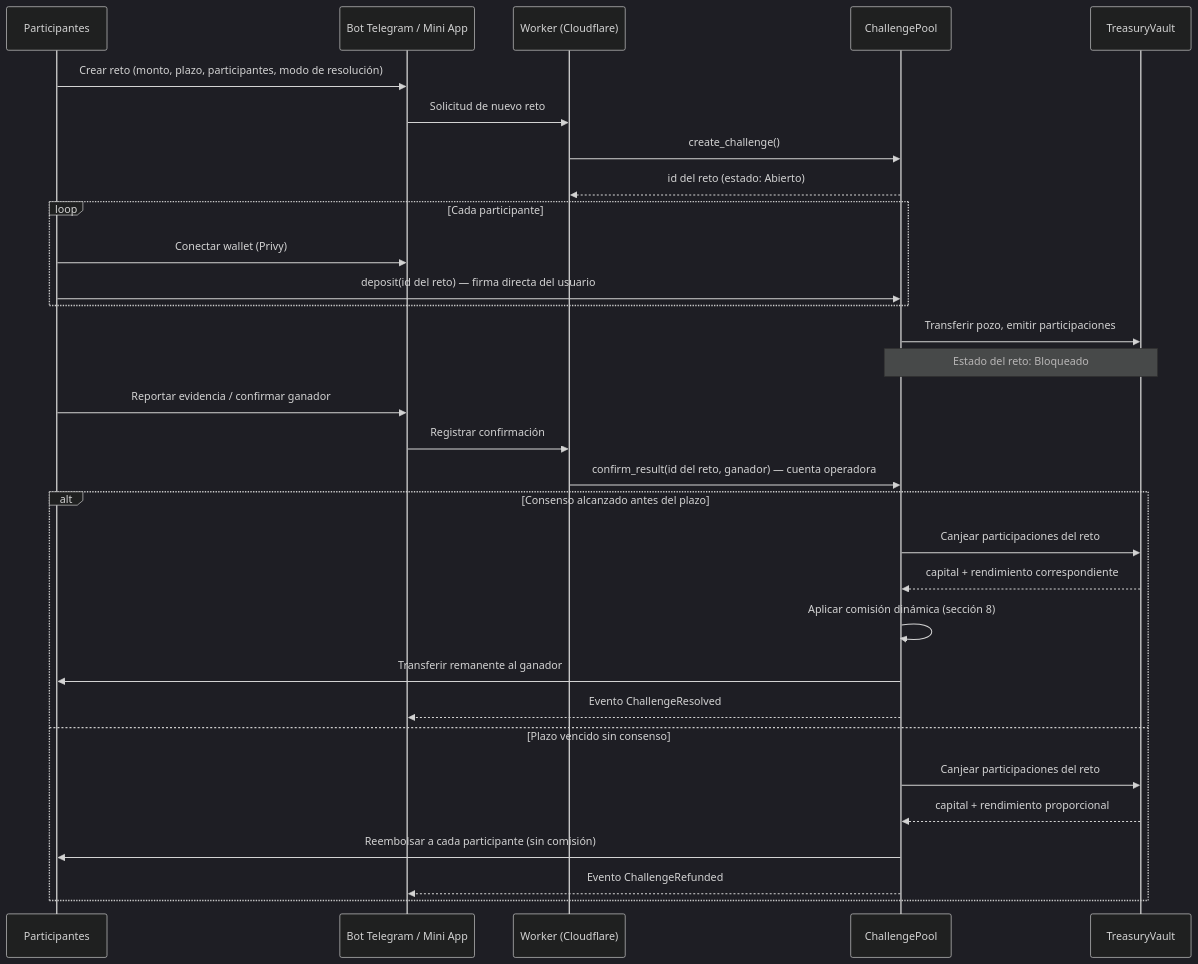
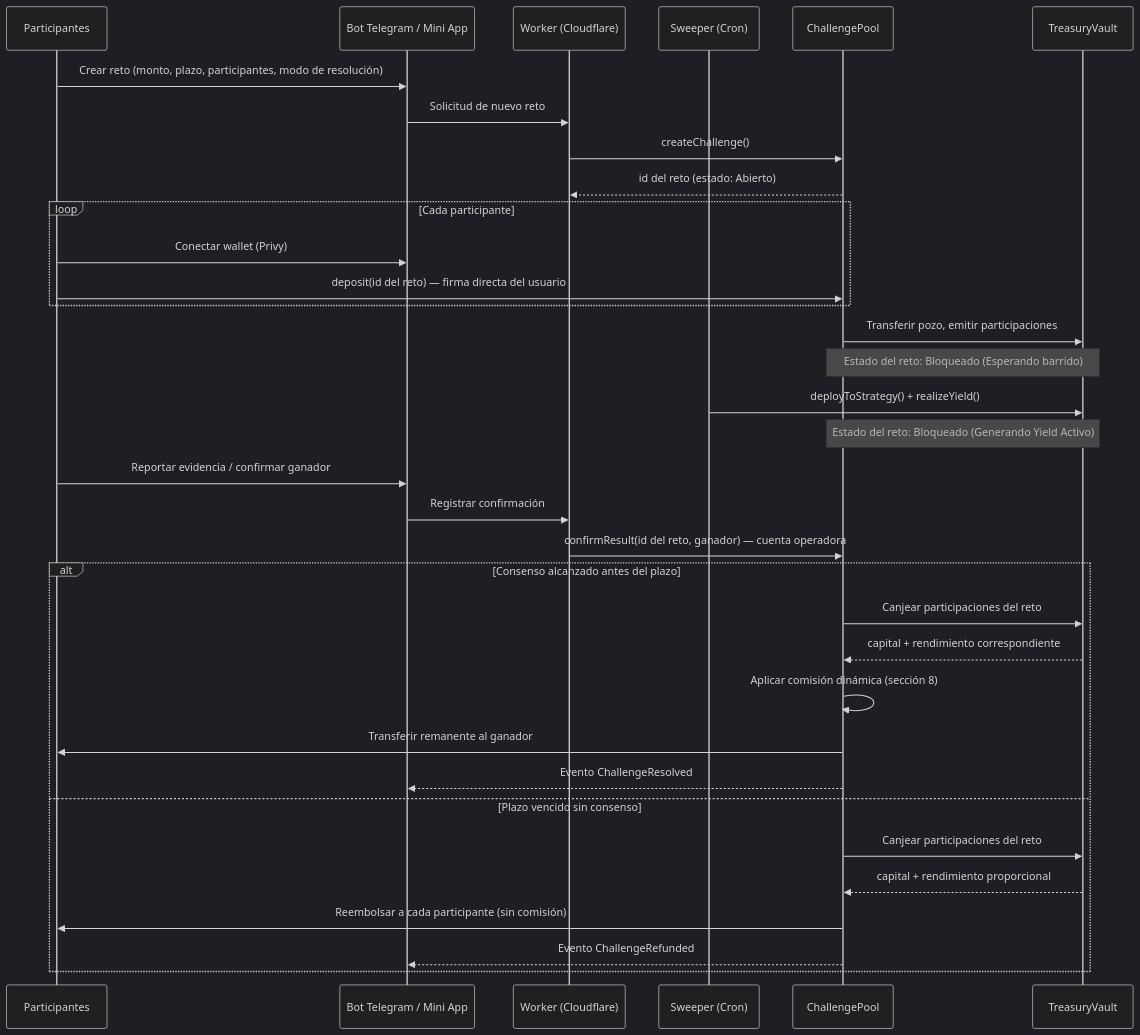
Before and after one commit to Zer0-Knowledge-Hack/otter-pot: the fifth of 7 diagrams in docs/SDD.md, drawn with Mermaid (dark theme). The commit also changed other lines of this file, not shown here.

Commit message:
docs: create Software Design Document (SDD) for the Challenge Pool platform

````diff
--- a/docs/SDD.md
+++ b/docs/SDD.md
@@ -117,38 +310,42 @@
 ```mermaid
 sequenceDiagram
     participant P as Participantes
     participant Bot as Bot Telegram / Mini App
     participant W as Worker (Cloudflare)
+    participant Sweeper as Sweeper (Cron)
     participant CP as ChallengePool
     participant TV as TreasuryVault
 
     P->>Bot: Crear reto (monto, plazo, participantes, modo de resolución)
     Bot->>W: Solicitud de nuevo reto
-    W->>CP: create_challenge()
+    W->>CP: createChallenge()
     CP-->>W: id del reto (estado: Abierto)
 
     loop Cada participante
         P->>Bot: Conectar wallet (Privy)
         P->>CP: deposit(id del reto) — firma directa del usuario
     end
 
     CP->>TV: Transferir pozo, emitir participaciones
-    Note over CP,TV: Estado del reto: Bloqueado
+    Note over CP,TV: Estado del reto: Bloqueado (Esperando barrido)
+
+    Sweeper->>TV: deployToStrategy() + realizeYield()
+    Note over CP,TV: Estado del reto: Bloqueado (Generando Yield Activo)
 
     P->>Bot: Reportar evidencia / confirmar ganador
     Bot->>W: Registrar confirmación
-    W->>CP: confirm_result(id del reto, ganador) — cuenta operadora
+    W->>CP: confirmResult(id del reto, ganador) — cuenta operadora
 
     alt Consenso alcanzado antes del plazo
         CP->>TV: Canjear participaciones del reto
         TV-->>CP: capital + rendimiento correspondiente
         CP->>CP: Aplicar comisión dinámica (sección 8)
         CP->>P: Transferir remanente al ganador
         CP-->>Bot: Evento ChallengeResolved
     else Plazo vencido sin consenso
         CP->>TV: Canjear participaciones del reto
         TV-->>CP: capital + rendimiento proporcional
         CP->>P: Reembolsar a cada participante (sin comisión)
         CP-->>Bot: Evento ChallengeRefunded
     end
 ```
````
